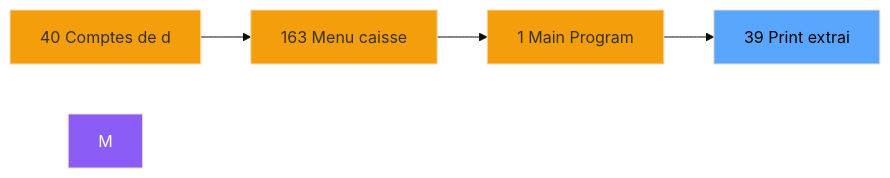
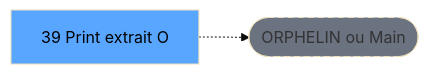
The second of 3 diagrams in .openspec/renders/ADH-IDE-39.md (thonyAGP/lecteur-magic), drawn with Mermaid (base theme) before and after one commit. The commit also changed other lines of this file and 701 other files, not shown here.

````diff
--- a/.openspec/renders/ADH-IDE-39.md
+++ b/.openspec/renders/ADH-IDE-39.md
@@ -118,15 +123,8 @@
 ```mermaid
 graph LR
-    N40[40 Comptes de d]
-    N163[163 Menu caisse ]
-    N1[1 Main Program]
-    T[39 Print extrai]
-    N40 --> N163
-    N163 --> N1
-    N1 --> T
-    style M fill:#8b5cf6,color:#fff
-    style N40 fill:#f59e0b
-    style N163 fill:#f59e0b
-    style N1 fill:#f59e0b
+    T[39 Print extrait O]
+    ORPHAN([ORPHELIN ou Main])
+    T -.-> ORPHAN
     style T fill:#58a6ff,color:#000
+    style ORPHAN fill:#6b7280,stroke-dasharray: 5 5
 ```
````
